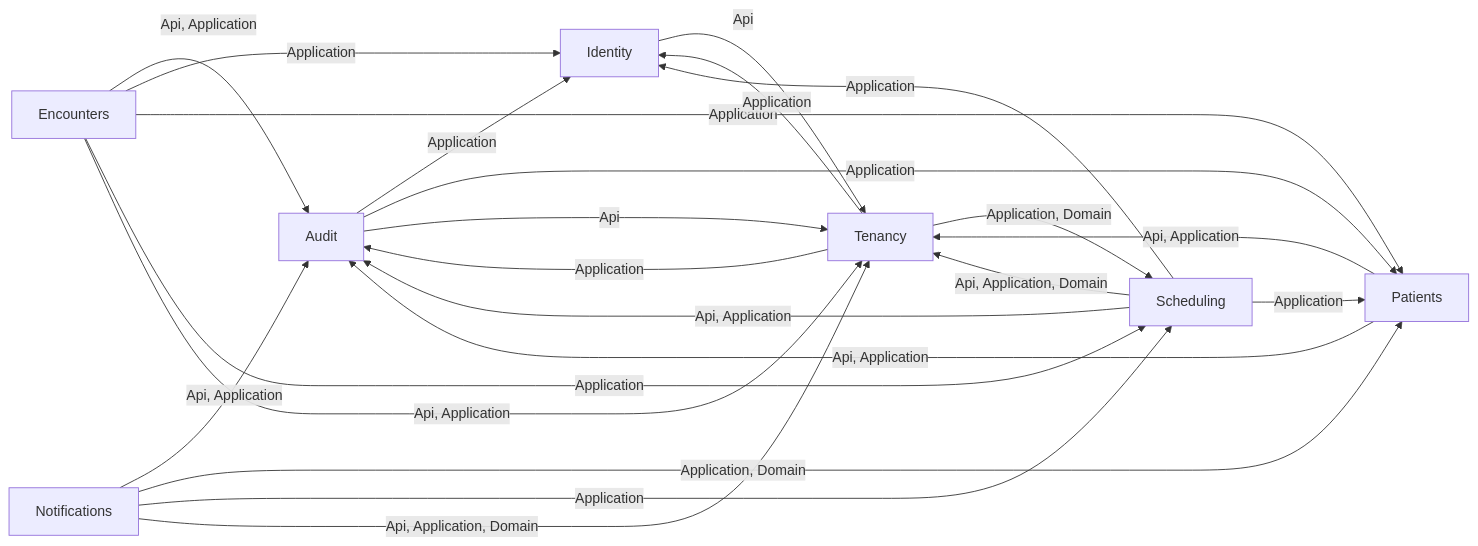
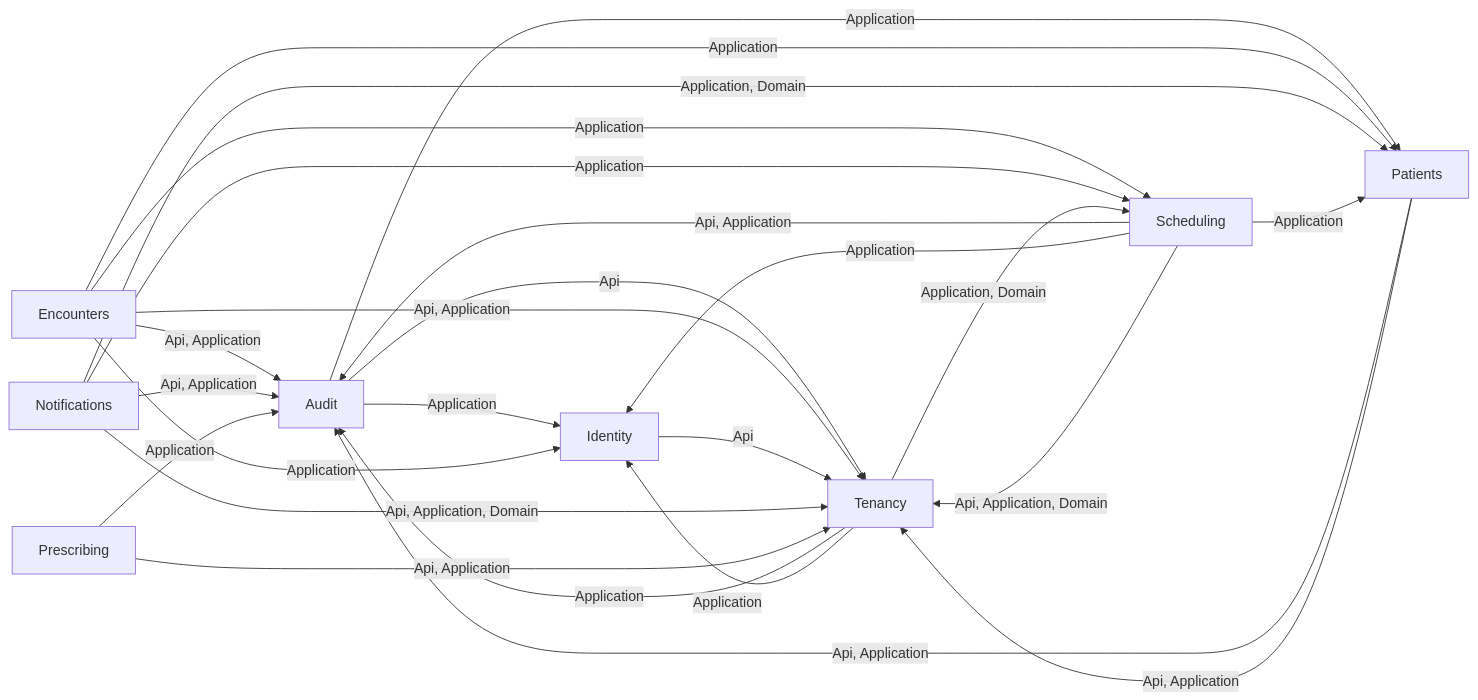
One commit to ALFRED-LUCIFER/medvya changed the second of 14 diagrams in docs/03-architecture/erd.md. Above: the diagram before and after it, drawn with Mermaid. The commit also changed other lines of this file and 52 other files, not shown here.

````diff
--- a/docs/03-architecture/erd.md
+++ b/docs/03-architecture/erd.md
@@ -55,25 +56,27 @@
 ```mermaid
 flowchart LR
   Audit -->|"Application"| Identity
   Audit -->|"Application"| Patients
   Audit -->|"Api"| Tenancy
   Encounters -->|"Api, Application"| Audit
   Encounters -->|"Application"| Identity
   Encounters -->|"Application"| Patients
   Encounters -->|"Application"| Scheduling
   Encounters -->|"Api, Application"| Tenancy
   Identity -->|"Api"| Tenancy
   Notifications -->|"Api, Application"| Audit
   Notifications -->|"Application, Domain"| Patients
   Notifications -->|"Application"| Scheduling
   Notifications -->|"Api, Application, Domain"| Tenancy
   Patients -->|"Api, Application"| Audit
   Patients -->|"Api, Application"| Tenancy
+  Prescribing -->|"Application"| Audit
+  Prescribing -->|"Api, Application"| Tenancy
   Scheduling -->|"Api, Application"| Audit
   Scheduling -->|"Application"| Identity
   Scheduling -->|"Application"| Patients
   Scheduling -->|"Api, Application, Domain"| Tenancy
   Tenancy -->|"Application"| Audit
   Tenancy -->|"Application"| Identity
   Tenancy -->|"Application, Domain"| Scheduling
 ```
````
